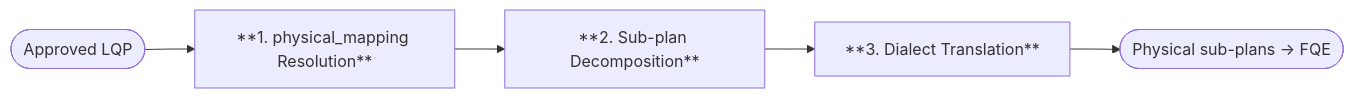
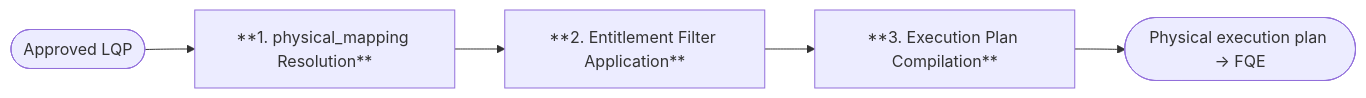
One commit to M-A-Operating-System/shared-work changed the seventh of 8 diagrams in docs/product/analytics/01-core-capabilities.md. Above: the diagram before and after it, drawn with Mermaid. The commit also changed other lines of this file and 1 other file, not shown here.

First line of the commit message:
Ch01/Ch00: abstract PQP and FQE to outcomes-based language

````diff
--- a/docs/product/analytics/01-core-capabilities.md
+++ b/docs/product/analytics/01-core-capabilities.md
@@ -847,10 +847,10 @@
 ```mermaid
 flowchart LR
     START(["Approved LQP"])
     S1["**1. physical_mapping Resolution**"]
-    S2["**2. Sub-plan Decomposition**"]
-    S3["**3. Dialect Translation**"]
-    OUT(["Physical sub-plans → FQE"])
+    S2["**2. Entitlement Filter Application**"]
+    S3["**3. Execution Plan Compilation**"]
+    OUT(["Physical execution plan → FQE"])
 
     START --> S1 --> S2 --> S3 --> OUT
 ```
````
